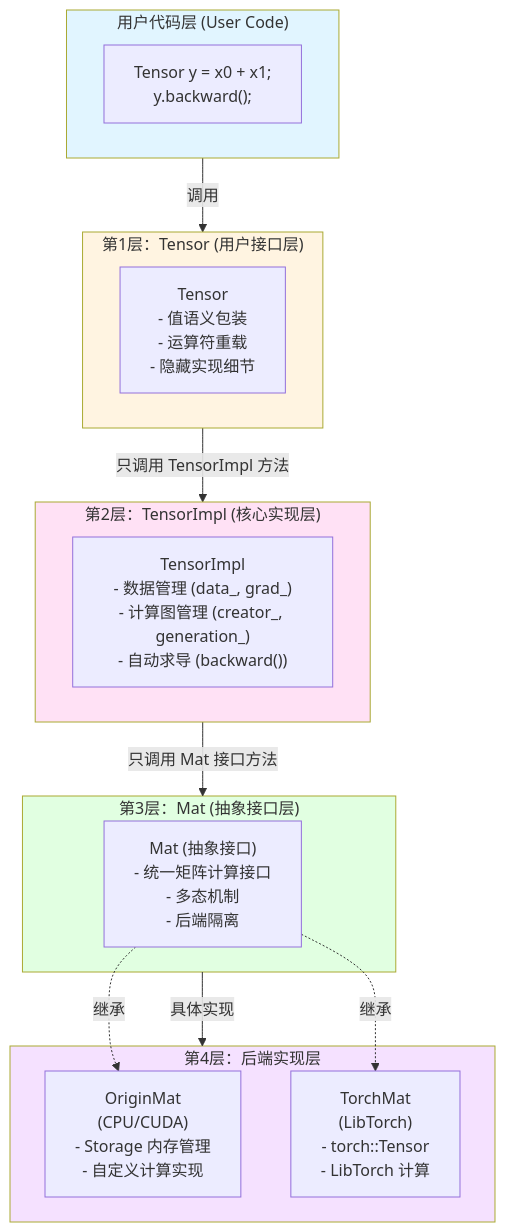
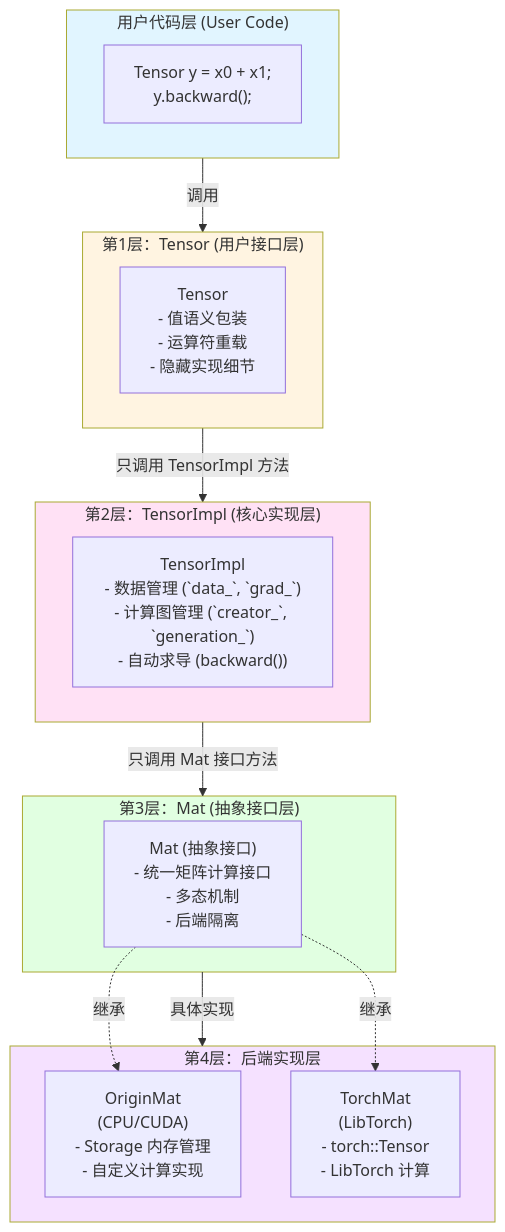
The second of 21 diagrams in docs/design/architecture.md (jinbooooom/OriginDL), drawn with Mermaid before and after one commit. The commit also changed other lines of this file, not shown here.

Commit message:
doc(architecture): refine Mat/Operator sections and add type promotion with MaybeOwned

````diff
--- a/docs/design/architecture.md
+++ b/docs/design/architecture.md
@@ -106,37 +106,37 @@
 ```mermaid
 flowchart TB
     subgraph UserLayer["用户代码层 (User Code)"]
         UserCode["Tensor y = x0 + x1;<br/>y.backward();"]
     end
     
     subgraph Layer1["第1层：Tensor (用户接口层)"]
         Tensor["Tensor<br/>- 值语义包装<br/>- 运算符重载<br/>- 隐藏实现细节"]
     end
     
     subgraph Layer2["第2层：TensorImpl (核心实现层)"]
-        TensorImpl["TensorImpl<br/>- 数据管理 (data_, grad_)<br/>- 计算图管理 (creator_, generation_)<br/>- 自动求导 (backward())"]
+        TensorImpl["TensorImpl<br/>- 数据管理 (`data_`, `grad_`)<br/>- 计算图管理 (`creator_`, `generation_`)<br/>- 自动求导 (backward())"]
     end
     
     subgraph Layer3["第3层：Mat (抽象接口层)"]
         Mat["Mat (抽象接口)<br/>- 统一矩阵计算接口<br/>- 多态机制<br/>- 后端隔离"]
     end
     
     subgraph Layer4["第4层：后端实现层"]
         OriginMat["OriginMat<br/>(CPU/CUDA)<br/>- Storage 内存管理<br/>- 自定义计算实现"]
         TorchMat["TorchMat<br/>(LibTorch)<br/>- torch::Tensor<br/>- LibTorch 计算"]
     end
     
     UserLayer -->|调用| Layer1
     Layer1 -->|只调用 TensorImpl 方法| Layer2
     Layer2 -->|只调用 Mat 接口方法| Layer3
     Layer3 -->|具体实现| Layer4
     
     Mat -.->|继承| OriginMat
     Mat -.->|继承| TorchMat
     
     style UserLayer fill:#e1f5ff
     style Layer1 fill:#fff4e1
     style Layer2 fill:#ffe1f5
     style Layer3 fill:#e1ffe1
     style Layer4 fill:#f5e1ff
 ```
````
